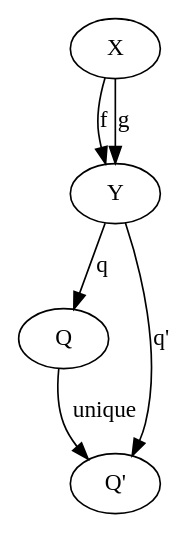
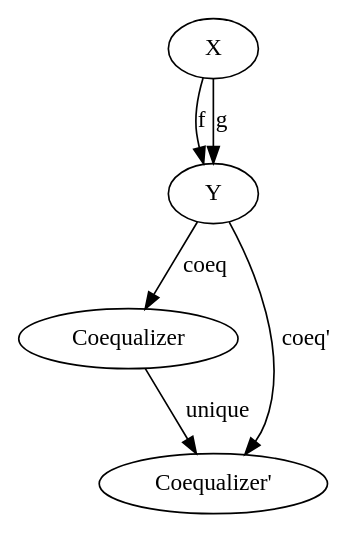
Before and after one commit to frankymacster/category-theory-graphviz: the second of 2 diagrams in equalizer.md, drawn with Graphviz. The commit also changed other lines of this file, not shown here.

Commit message:
update equalizer

````diff
--- a/equalizer.md
+++ b/equalizer.md
@@ -15,11 +15,11 @@
 ```graphviz
 digraph G {
   "X" -> "Y" [label="f"]
   "X" -> "Y" [label="g"]
 
-  "Y" -> "Q" [label="q"]
-  "Y" -> "Q'" [label="q'"]
+  "Y" -> "Coequalizer" [label="coeq"]
+  "Y" -> "Coequalizer'" [label="coeq'"]
 
-  "Q" -> "Q'" [label="unique"]
+  "Coequalizer" -> "Coequalizer'" [label="unique"]
 }
 ```
````
